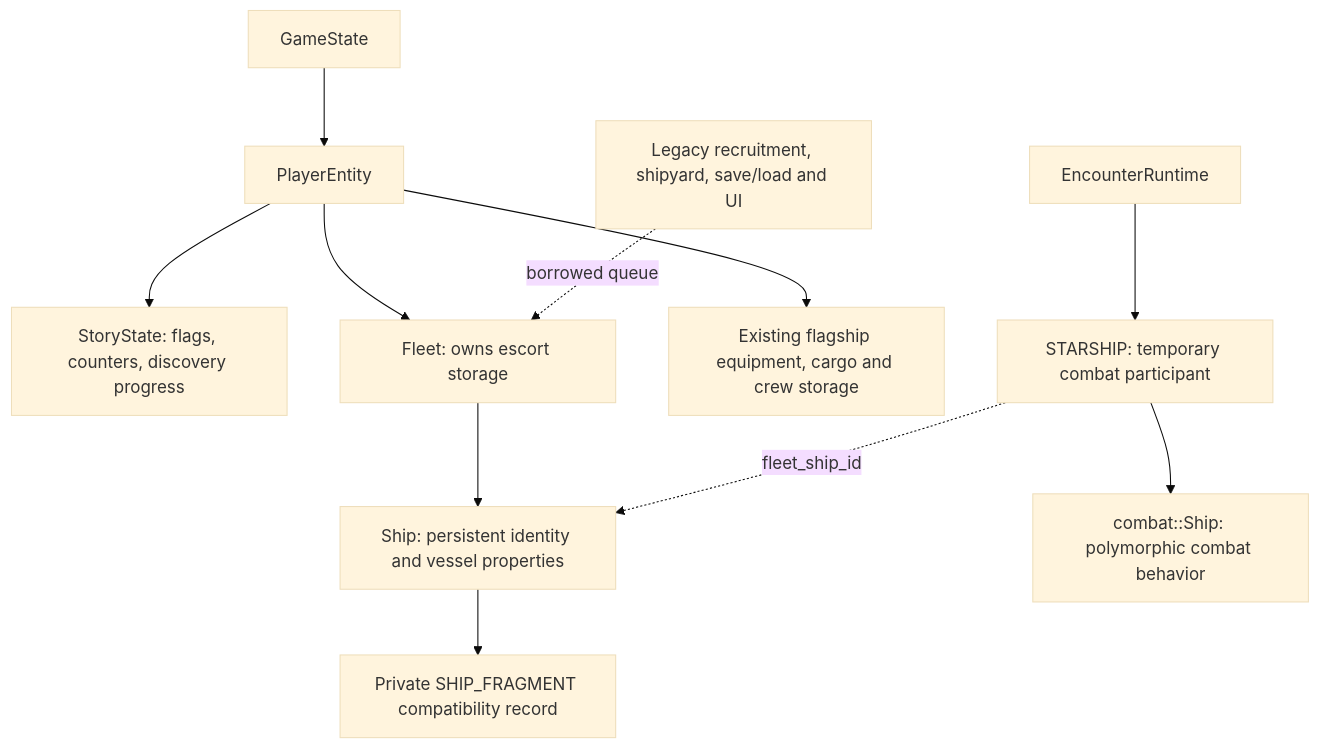
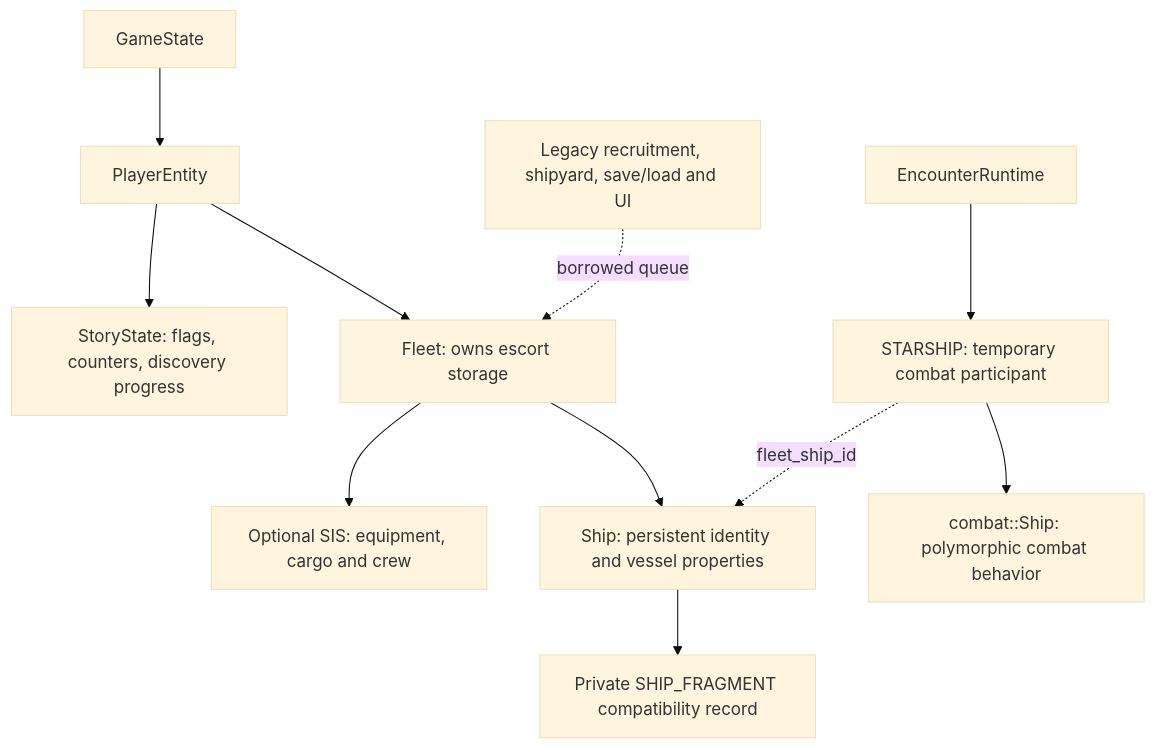
The diagram in docs/design/fleet-ownership.md (yost-jacob/uqm-cpp17), drawn with Mermaid (base theme) before and after one commit. The commit also changed other lines of this file and 36 other files, not shown here.

Commit message:
Own optional SIS in Fleet and configure native projectile factories from its loadout

````diff
--- a/docs/design/fleet-ownership.md
+++ b/docs/design/fleet-ownership.md
@@ -9,13 +9,13 @@
 ```mermaid
 flowchart TD
     State[GameState] --> Player[PlayerEntity]
     Player --> Story[StoryState: flags, counters, discovery progress]
     Player --> Fleet[Fleet: owns escort storage]
-    Player --> Flagship[Existing flagship equipment, cargo and crew storage]
+    Fleet --> Flagship[Optional SIS: equipment, cargo and crew]
     Fleet --> Ship[Ship: persistent identity and vessel properties]
     Ship --> Buffer[Private SHIP_FRAGMENT compatibility record]
     C[Legacy recruitment, shipyard, save/load and UI] -. borrowed queue .-> Fleet
     Encounter[EncounterRuntime] --> Participant[STARSHIP: temporary combat participant]
     Participant -. fleet_ship_id .-> Ship
     Participant --> Behavior[combat::Ship: polymorphic combat behavior]
 ```
````
